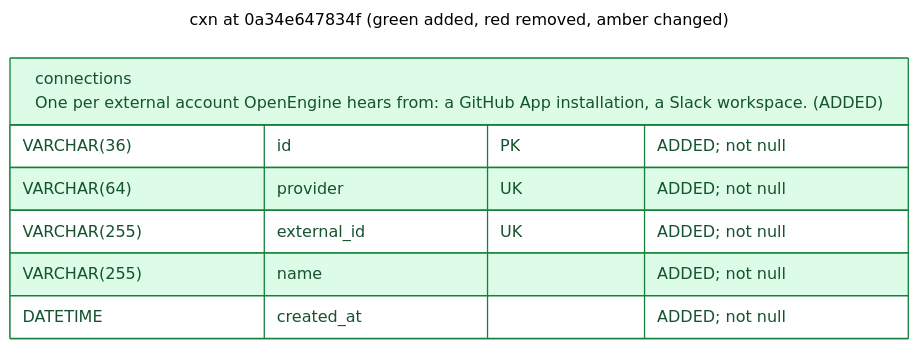
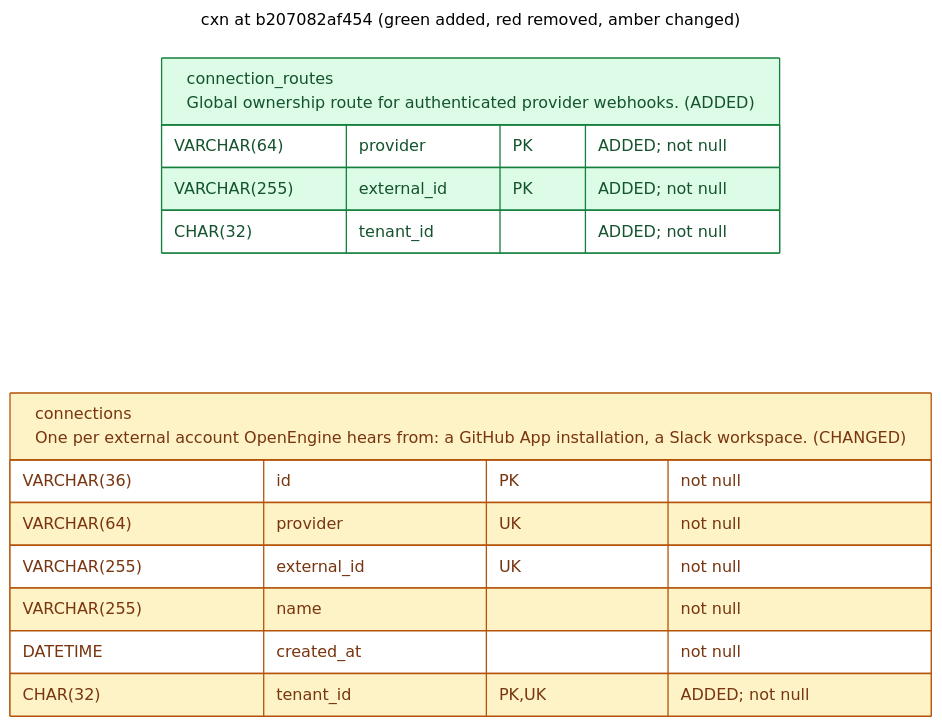
The diagram in v2/docs/schema/latest_cxn.mermaid (OpenEngine/OpenEngine), drawn with Mermaid before and after one commit. The commit also changed 6 other files, not shown here.

Commit message:
docs: update service schemas

```diff
--- a/v2/docs/schema/latest_cxn.mermaid
+++ b/v2/docs/schema/latest_cxn.mermaid
@@ -1,21 +1,28 @@
 ---
-title: cxn at 0a34e647834f (green added, red removed, amber changed)
+title: cxn at b207082af454 (green added, red removed, amber changed)
 config:
   theme: neutral
 ---
 erDiagram
     direction LR
     %% REMOVED tables/columns are tombstones, absent from this revision's schema.
     %% Column changes include type, nullability, default and key membership.
     %% Table changes also include indexes and constraints.
     classDef added fill:#dcfce7,stroke:#15803d,color:#14532d
     classDef removed fill:#fee2e2,stroke:#b91c1c,color:#7f1d1d
     classDef changed fill:#fef3c7,stroke:#b45309,color:#78350f
-    connections["connections<br/>One per external account OpenEngine hears from: a GitHub App installation, a Slack workspace. (ADDED)"] {
-        VARCHAR(36) id PK "ADDED; not null"
-        VARCHAR(64) provider UK "ADDED; not null"
-        VARCHAR(255) external_id UK "ADDED; not null"
-        VARCHAR(255) name "ADDED; not null"
-        DATETIME created_at "ADDED; not null"
+    connection_routes["connection_routes<br/>Global ownership route for authenticated provider webhooks. (ADDED)"] {
+        VARCHAR(64) provider PK "ADDED; not null"
+        VARCHAR(255) external_id PK "ADDED; not null"
+        CHAR(32) tenant_id "ADDED; not null"
     }
-    class connections added
+    class connection_routes added
+    connections["connections<br/>One per external account OpenEngine hears from: a GitHub App installation, a Slack workspace. (CHANGED)"] {
+        VARCHAR(36) id PK "not null"
+        VARCHAR(64) provider UK "not null"
+        VARCHAR(255) external_id UK "not null"
+        VARCHAR(255) name "not null"
+        DATETIME created_at "not null"
+        CHAR(32) tenant_id PK,UK "ADDED; not null"
+    }
+    class connections changed
```
